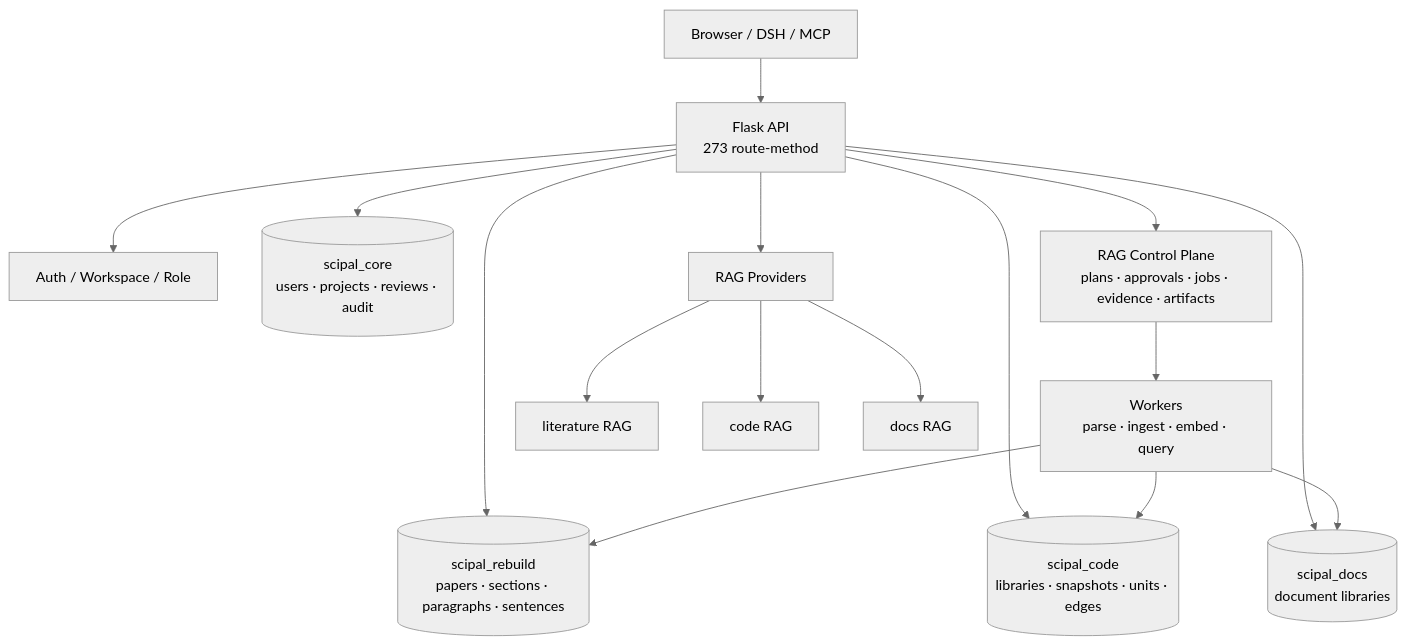
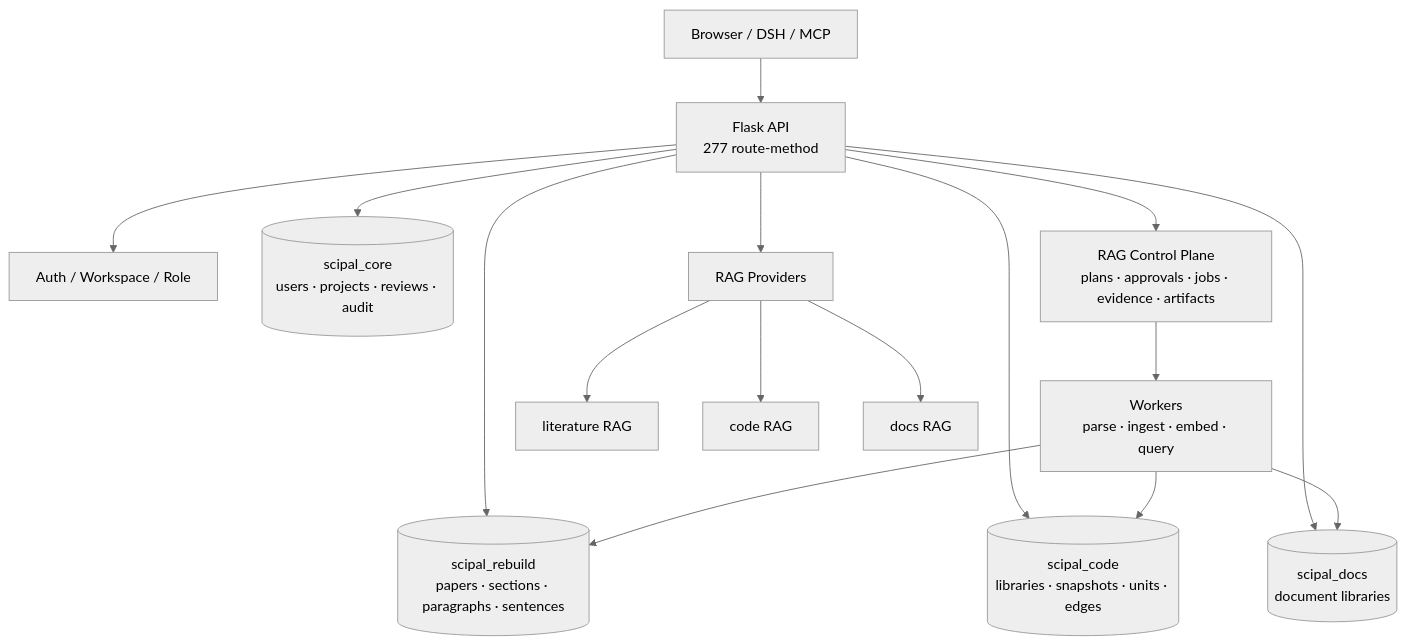
One commit to williamchen520/sci-pal changed the first of 2 diagrams in README.md. Above: the diagram before and after it, drawn with Mermaid (neutral theme). The commit also changed other lines of this file and 14 other files, not shown here.

````diff
--- a/README.md
+++ b/README.md
@@ -77,20 +77,20 @@
 ```mermaid
 flowchart TB
-    U["Browser / DSH / MCP"] --> API["Flask API<br/>273 route-method"]
+    U["Browser / DSH / MCP"] --> API["Flask API<br/>277 route-method"]
     API --> AUTH["Auth / Workspace / Role"]
     API --> CORE[("scipal_core<br/>users · projects · reviews · audit")]
     API --> CORPUS[("scipal_rebuild<br/>papers · sections · paragraphs · sentences")]
     API --> CODE[("scipal_code<br/>libraries · snapshots · units · edges")]
     API --> DOCS[("scipal_docs<br/>document libraries")]
 
     API --> CP["RAG Control Plane<br/>plans · approvals · jobs · evidence · artifacts"]
     CP --> WORKER["Workers<br/>parse · ingest · embed · query"]
     WORKER --> CORPUS
     WORKER --> CODE
     WORKER --> DOCS
 
     API --> PROV["RAG Providers"]
     PROV --> LIT["literature RAG"]
     PROV --> CRAG["code RAG"]
     PROV --> DRAG["docs RAG"]
 ```
````
